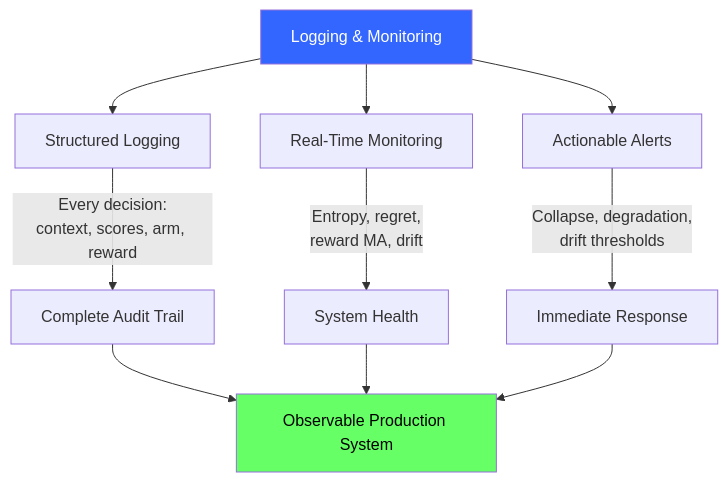
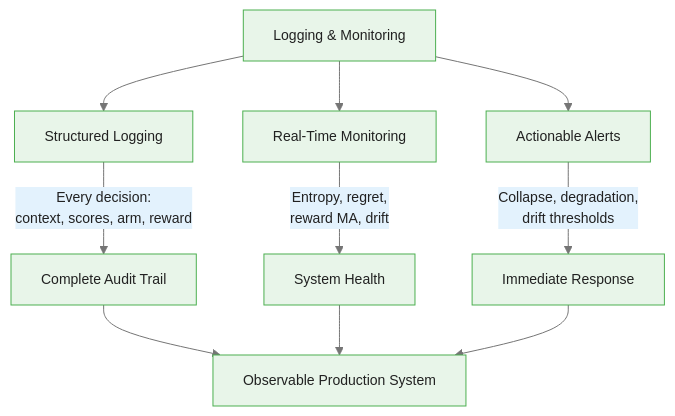
The fourth of 4 diagrams in courses/multi-armed-bandits-ab-testing/modules/module_07_production_systems/guides/02_logging_and_monitoring_slides.md (m-deane/course-creator), drawn with Mermaid before and after one commit. The commit also changed other lines of this file and 146 other files, not shown here.

````diff
--- a/courses/multi-armed-bandits-ab-testing/modules/module_07_production_systems/guides/02_logging_and_monitoring_slides.md
+++ b/courses/multi-armed-bandits-ab-testing/modules/module_07_production_systems/guides/02_logging_and_monitoring_slides.md
@@ -296,17 +332,15 @@
 ```mermaid
+%%{init: {"theme": "base", "themeVariables": {"primaryColor": "#e8f5e9", "primaryBorderColor": "#4caf50", "primaryTextColor": "#212121", "secondaryColor": "#e3f2fd", "tertiaryColor": "#fff8e1", "lineColor": "#757575", "fontFamily": "Inter, sans-serif", "fontSize": "14px"}}}%%
 flowchart TD
     LM["Logging & Monitoring"] --> Log["Structured Logging"]
     LM --> Mon["Real-Time Monitoring"]
     LM --> Alert["Actionable Alerts"]
 
     Log --> |"Every decision:<br/>context, scores, arm, reward"| Audit["Complete Audit Trail"]
     Mon --> |"Entropy, regret,<br/>reward MA, drift"| Health["System Health"]
     Alert --> |"Collapse, degradation,<br/>drift thresholds"| Action["Immediate Response"]
 
     Audit --> Observable["Observable Production System"]
     Health --> Observable
     Action --> Observable
-
-    style LM fill:#36f,color:#fff
-    style Observable fill:#6f6,color:#000
 ```
````
